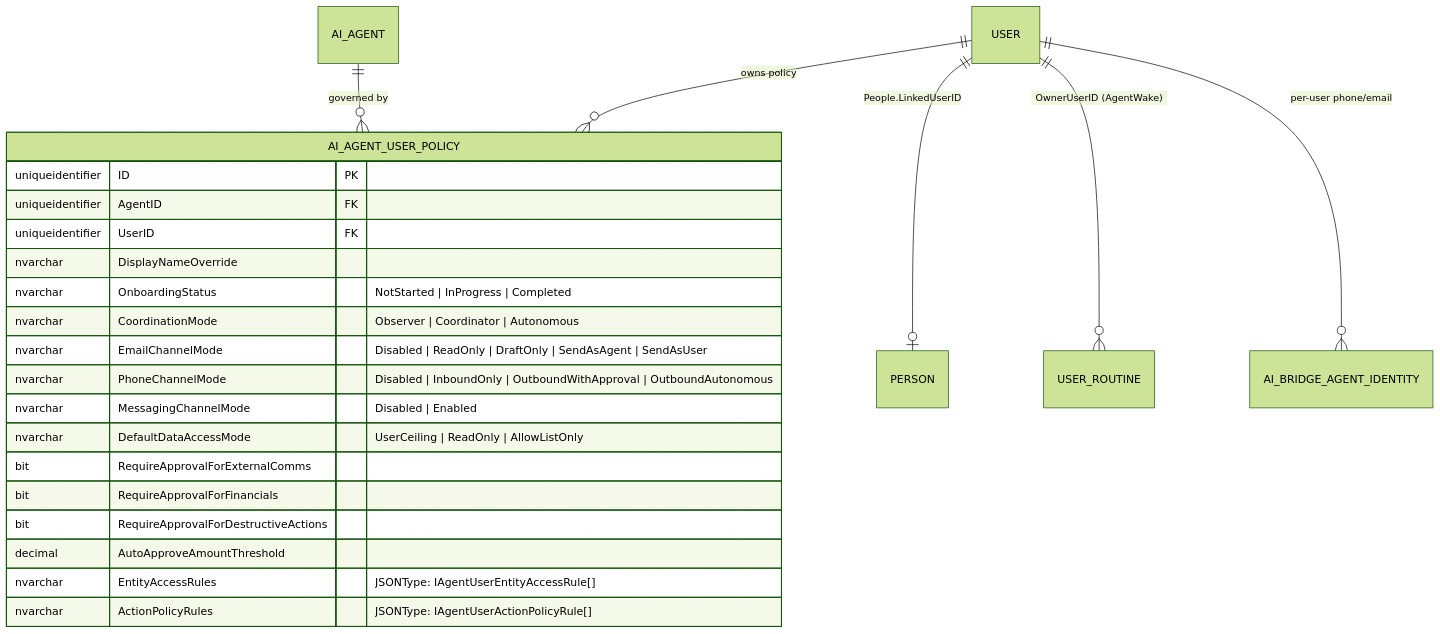
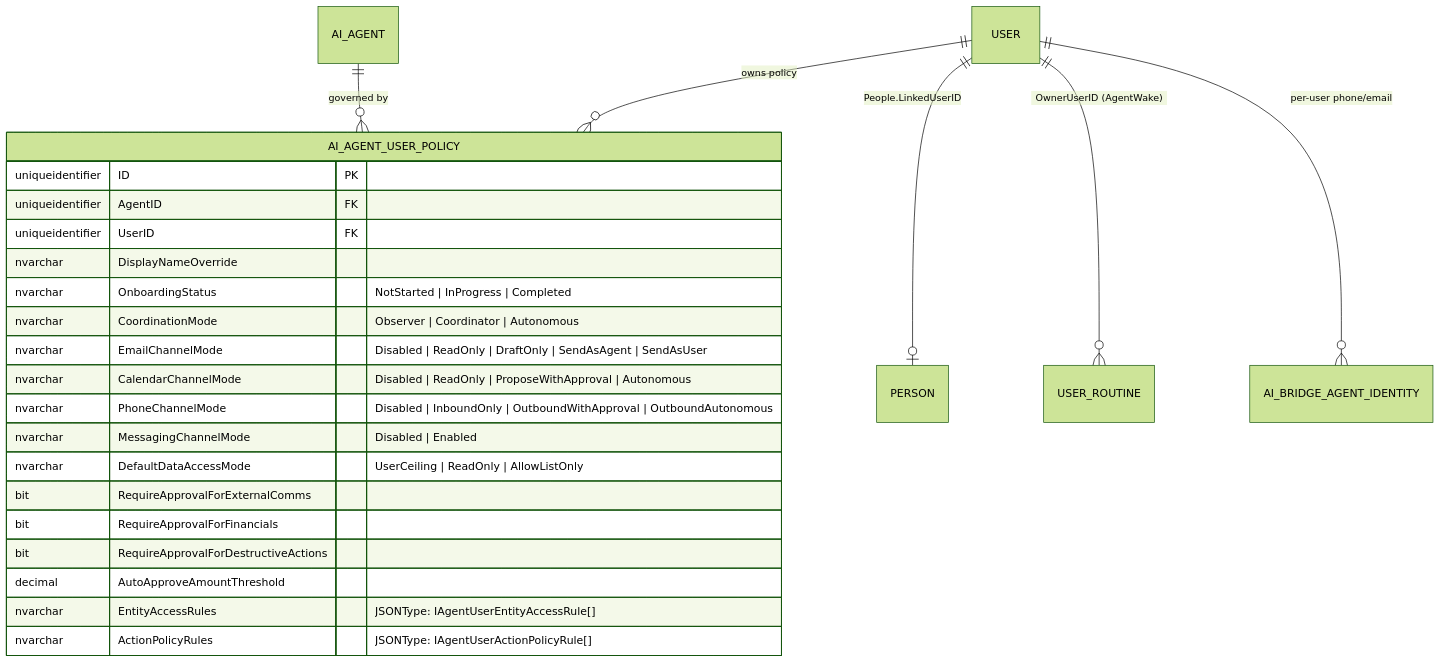
One commit to MemberJunction/bizapps-issues changed the second of 5 diagrams in docs/Chief-Of-Staff-Agent.md. Above: the diagram before and after it, drawn with Mermaid (forest theme). The commit also changed other lines of this file, not shown here.

Commit message:
docs: document enterprise mailbox security gates, calendar/free-busy verbs, and HubSpot/Calendly scheduling

````diff
--- a/docs/Chief-Of-Staff-Agent.md
+++ b/docs/Chief-Of-Staff-Agent.md
@@ -72,27 +72,28 @@
 ```mermaid
 erDiagram
     USER ||--o{ AI_AGENT_USER_POLICY : "owns policy"
     AI_AGENT ||--o{ AI_AGENT_USER_POLICY : "governed by"
     USER ||--o| PERSON : "People.LinkedUserID"
     USER ||--o{ USER_ROUTINE : "OwnerUserID (AgentWake)"
     USER ||--o{ AI_BRIDGE_AGENT_IDENTITY : "per-user phone/email"
 
     AI_AGENT_USER_POLICY {
         uniqueidentifier ID PK
         uniqueidentifier AgentID FK
         uniqueidentifier UserID FK
         nvarchar DisplayNameOverride
         nvarchar OnboardingStatus "NotStarted | InProgress | Completed"
         nvarchar CoordinationMode "Observer | Coordinator | Autonomous"
         nvarchar EmailChannelMode "Disabled | ReadOnly | DraftOnly | SendAsAgent | SendAsUser"
+        nvarchar CalendarChannelMode "Disabled | ReadOnly | ProposeWithApproval | Autonomous"
         nvarchar PhoneChannelMode "Disabled | InboundOnly | OutboundWithApproval | OutboundAutonomous"
         nvarchar MessagingChannelMode "Disabled | Enabled"
         nvarchar DefaultDataAccessMode "UserCeiling | ReadOnly | AllowListOnly"
         bit RequireApprovalForExternalComms
         bit RequireApprovalForFinancials
         bit RequireApprovalForDestructiveActions
         decimal AutoApproveAmountThreshold
         nvarchar EntityAccessRules "JSONType: IAgentUserEntityAccessRule[]"
         nvarchar ActionPolicyRules "JSONType: IAgentUserActionPolicyRule[]"
     }
 ```
````
